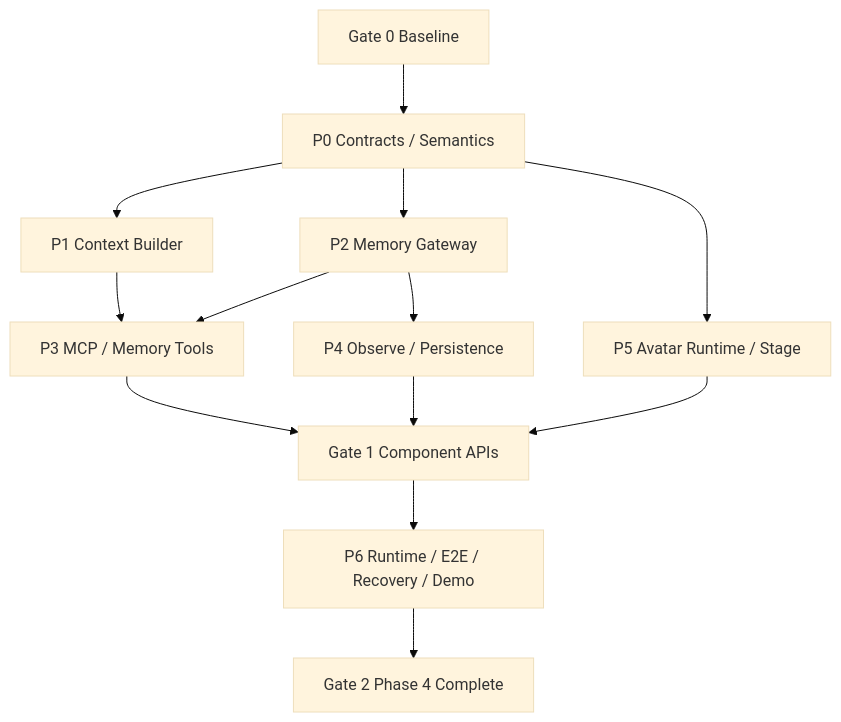
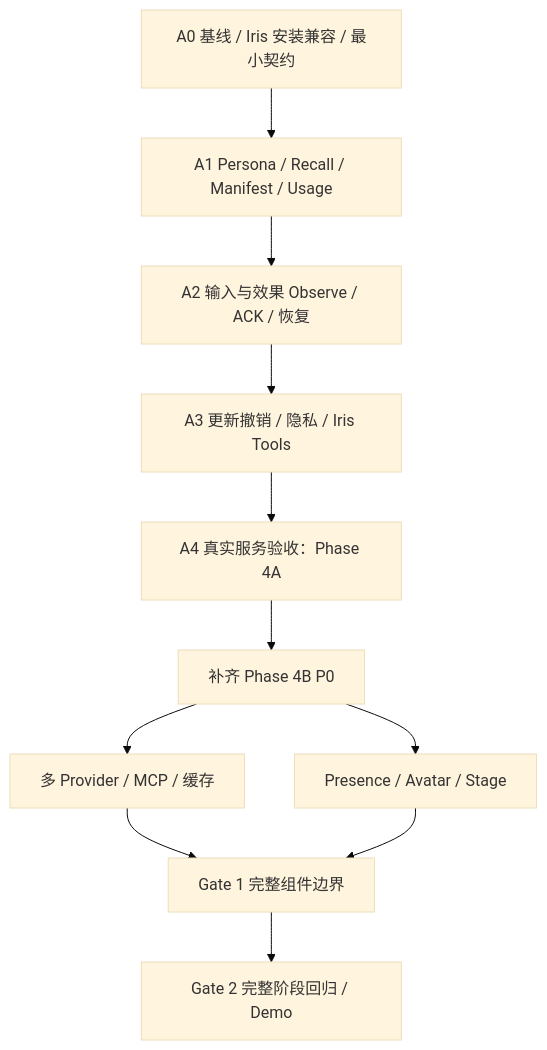
One commit to leafliber/bellis changed the second of 2 diagrams in docs/phase-4-development-guide.md. Above: the diagram before and after it, drawn with Mermaid (base theme). The commit also changed other lines of this file and 84 other files, not shown here.

First line of the commit message:
refactor(core): 落实 ADR 0007 任务所有权与能力收敛，规划 Phase 4 Iris 接入

````diff
--- a/docs/phase-4-development-guide.md
+++ b/docs/phase-4-development-guide.md
@@ -750,15 +887,13 @@
 ```mermaid
 flowchart TD
-    G0["Gate 0 Baseline"] --> P0["P0 Contracts / Semantics"]
-    P0 --> P1["P1 Context Builder"]
-    P0 --> P2["P2 Memory Gateway"]
-    P0 --> P5["P5 Avatar Runtime / Stage"]
-    P1 --> P3["P3 MCP / Memory Tools"]
-    P2 --> P3
-    P2 --> P4["P4 Observe / Persistence"]
-    P3 --> G1["Gate 1 Component APIs"]
-    P4 --> G1
-    P5 --> G1
-    G1 --> P6["P6 Runtime / E2E / Recovery / Demo"]
-    P6 --> G2["Gate 2 Phase 4 Complete"]
+    A0["A0 基线 / Iris 安装兼容 / 最小契约"] --> A1["A1 Persona / Recall / Manifest / Usage"]
+    A1 --> A2["A2 输入与效果 Observe / ACK / 恢复"]
+    A2 --> A3["A3 更新撤销 / 隐私 / Iris Tools"]
+    A3 --> A4["A4 真实服务验收：Phase 4A"]
+    A4 --> B0["补齐 Phase 4B P0"]
+    B0 --> B1["多 Provider / MCP / 缓存"]
+    B0 --> B2["Presence / Avatar / Stage"]
+    B1 --> G1["Gate 1 完整组件边界"]
+    B2 --> G1
+    G1 --> G2["Gate 2 完整阶段回归 / Demo"]
 ```
````
